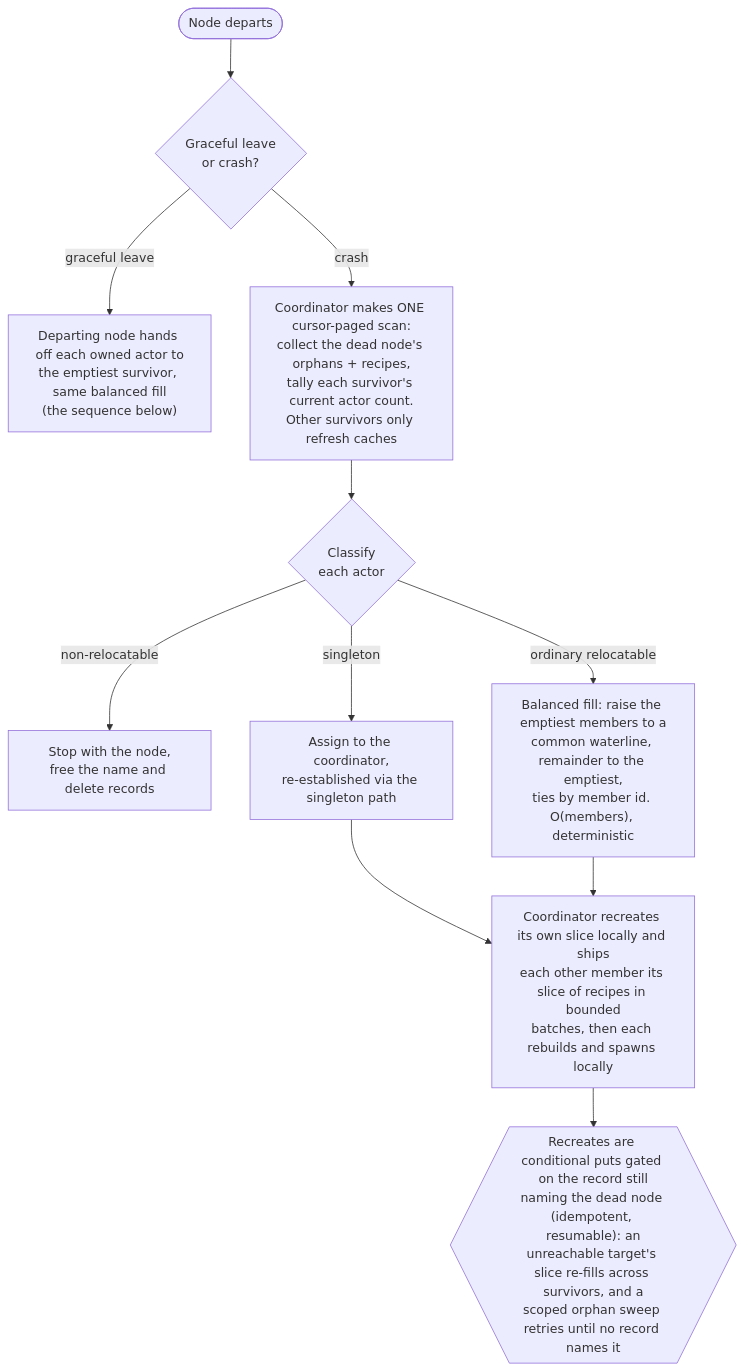
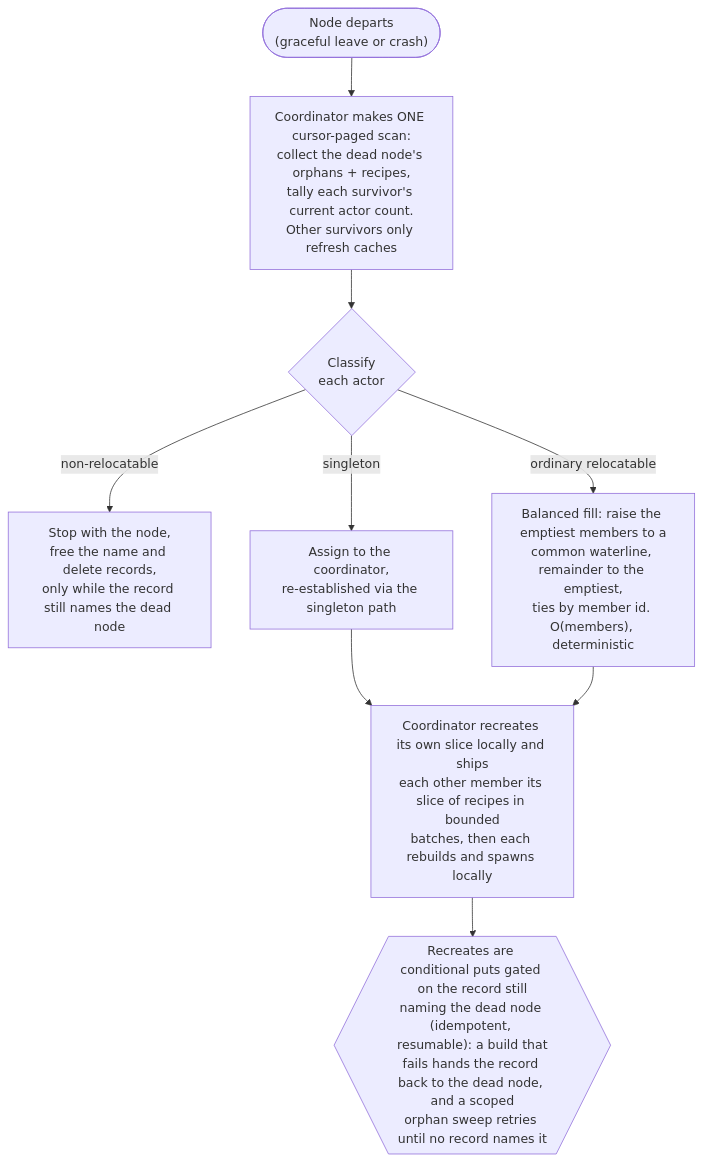
Before and after one commit to Tochemey/nodeakt: the diagram in designs/cluster-actors.md, drawn with Mermaid. The commit also changed other lines of this file and 24 other files, not shown here.

````diff
--- a/designs/cluster-actors.md
+++ b/designs/cluster-actors.md
@@ -115,18 +117,14 @@
 ```mermaid
 flowchart TD
-    START(["Node departs"]) --> HOW{"Graceful leave<br/>or crash?"}
-
-    HOW -->|graceful leave| GRACE["Departing node hands off each owned actor to<br/>the emptiest survivor, same balanced fill<br/>(the sequence below)"]
-
-    HOW -->|crash| SCAN["Coordinator makes ONE cursor-paged scan:<br/>collect the dead node's orphans + recipes,<br/>tally each survivor's current actor count.<br/>Other survivors only refresh caches"]
+    START(["Node departs<br/>(graceful leave or crash)"]) --> SCAN["Coordinator makes ONE cursor-paged scan:<br/>collect the dead node's orphans + recipes,<br/>tally each survivor's current actor count.<br/>Other survivors only refresh caches"]
 
     SCAN --> DEC{"Classify<br/>each actor"}
-    DEC -->|non-relocatable| FREE["Stop with the node,<br/>free the name and delete records"]
+    DEC -->|non-relocatable| FREE["Stop with the node,<br/>free the name and delete records,<br/>only while the record still names the dead node"]
     DEC -->|singleton| SGL["Assign to the coordinator,<br/>re-established via the singleton path"]
     DEC -->|ordinary relocatable| FILL["Balanced fill: raise the emptiest members to a<br/>common waterline, remainder to the emptiest,<br/>ties by member id. O(members), deterministic"]
 
     SGL --> FAN["Coordinator recreates its own slice locally and ships<br/>each other member its slice of recipes in bounded<br/>batches, then each rebuilds and spawns locally"]
     FILL --> FAN
 
-    FAN --> IDEM{{"Recreates are conditional puts gated on the record still<br/>naming the dead node (idempotent, resumable): an<br/>unreachable target's slice re-fills across survivors, and a<br/>scoped orphan sweep retries until no record names it"}}
+    FAN --> IDEM{{"Recreates are conditional puts gated on the record still<br/>naming the dead node (idempotent, resumable): a build that<br/>fails hands the record back to the dead node, and a scoped<br/>orphan sweep retries until no record names it"}}
 ```
````
